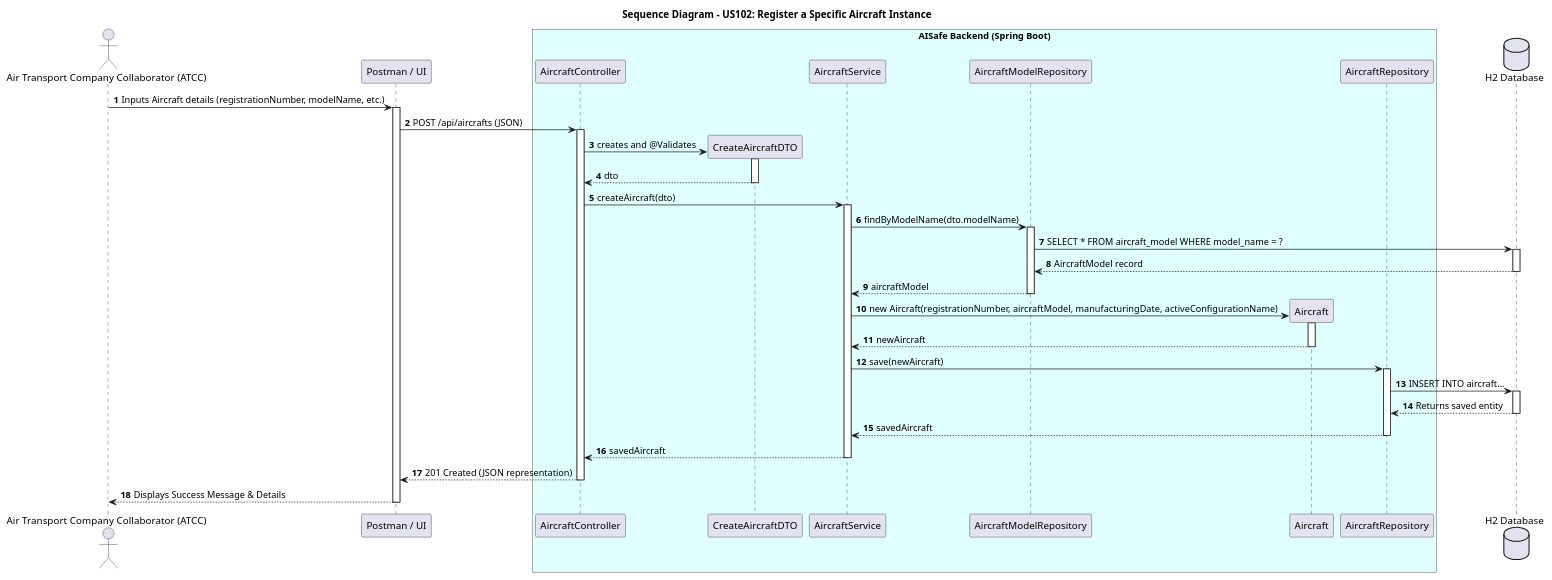
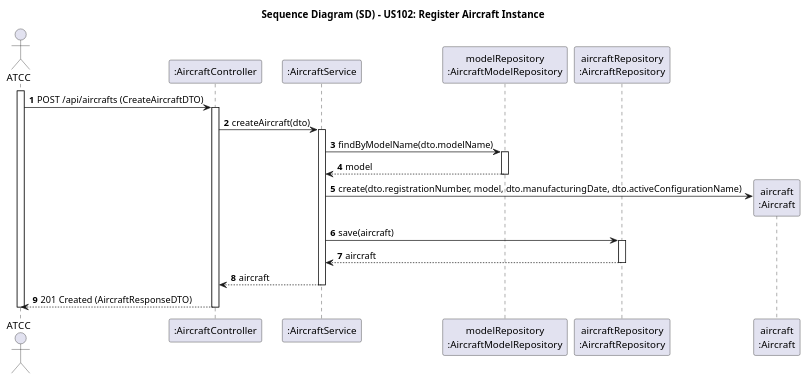
One commit to Andre-1240567/psoft2026_2DB_1240567_1241013_1240624 changed the diagram in docs/use-cases/WP#1A/US102/puml/US102-SD.puml. Above: the diagram before and after it, drawn with PlantUML. The commit also changed 21 other files, not shown here.

```diff
--- a/docs/use-cases/WP#1A/US102/puml/US102-SD.puml
+++ b/docs/use-cases/WP#1A/US102/puml/US102-SD.puml
@@ -1,66 +1,40 @@
 @startuml SD_US102
 autonumber
-title Sequence Diagram - US102: Register a Specific Aircraft Instance
+title Sequence Diagram (SD) - US102: Register Aircraft Instance
 
-actor "Air Transport Company Collaborator (ATCC)" as Actor
-participant "Postman / UI" as UI
-box "AISafe Backend (Spring Boot)" #LightCyan
-participant "AircraftController" as Ctrl
-participant "CreateAircraftDTO" as DTO
-participant "AircraftService" as Service
-participant "AircraftModelRepository" as ModelRepo
-participant "Aircraft" as Domain
-participant "AircraftRepository" as Repo
-end box
-database "H2 Database" as DB
+actor "ATCC" as ATCC
+participant ":AircraftController" as Ctrl
+participant ":AircraftService" as Service
+participant "modelRepository\n:AircraftModelRepository" as RepoModel
+participant "aircraftRepository\n:AircraftRepository" as RepoAir
+participant "aircraft\n:Aircraft" as Aircraft
 
-Actor -> UI: Inputs Aircraft details (registrationNumber, modelName, etc.)
-activate UI
-
-UI -> Ctrl: POST /api/aircrafts (JSON)
+activate ATCC
+ATCC -> Ctrl: POST /api/aircrafts (CreateAircraftDTO)
 activate Ctrl
-
-Ctrl -> DTO**: creates and @Validates
-activate DTO
-DTO --> Ctrl: dto
-deactivate DTO
 
 Ctrl -> Service: createAircraft(dto)
 activate Service
 
-' The crucial step: Find the existing Aircraft Model
-Service -> ModelRepo: findByModelName(dto.modelName)
-activate ModelRepo
-ModelRepo -> DB: SELECT * FROM aircraft_model WHERE model_name = ?
-activate DB
-DB --> ModelRepo: AircraftModel record
-deactivate DB
-ModelRepo --> Service: aircraftModel
-deactivate ModelRepo
+' 1. Verifica se o Modelo de Avião existe na BD
+Service -> RepoModel: findByModelName(dto.modelName)
+activate RepoModel
+RepoModel --> Service: model
+deactivate RepoModel
 
-' Create the physical Aircraft entity
-Service -> Domain**: new Aircraft(registrationNumber, aircraftModel, manufacturingDate, activeConfigurationName)
-activate Domain
-Domain --> Service: newAircraft
-deactivate Domain
+' 2. Criação da Entidade em memória
+Service -> Aircraft**: create(dto.registrationNumber, model, dto.manufacturingDate, dto.activeConfigurationName)
 
-' Save to the database
-Service -> Repo: save(newAircraft)
-activate Repo
-Repo -> DB: INSERT INTO aircraft...
-activate DB
-DB --> Repo: Returns saved entity
-deactivate DB
-Repo --> Service: savedAircraft
-deactivate Repo
+' 3. Persistência na Base de Dados
+Service -> RepoAir: save(aircraft)
+activate RepoAir
+RepoAir --> Service: aircraft
+deactivate RepoAir
 
-Service --> Ctrl: savedAircraft
+Service --> Ctrl: aircraft
 deactivate Service
 
-Ctrl --> UI: 201 Created (JSON representation)
+Ctrl --> ATCC: 201 Created (AircraftResponseDTO)
 deactivate Ctrl
-
-UI --> Actor: Displays Success Message & Details
-deactivate UI
-
+deactivate ATCC
 @enduml
```
